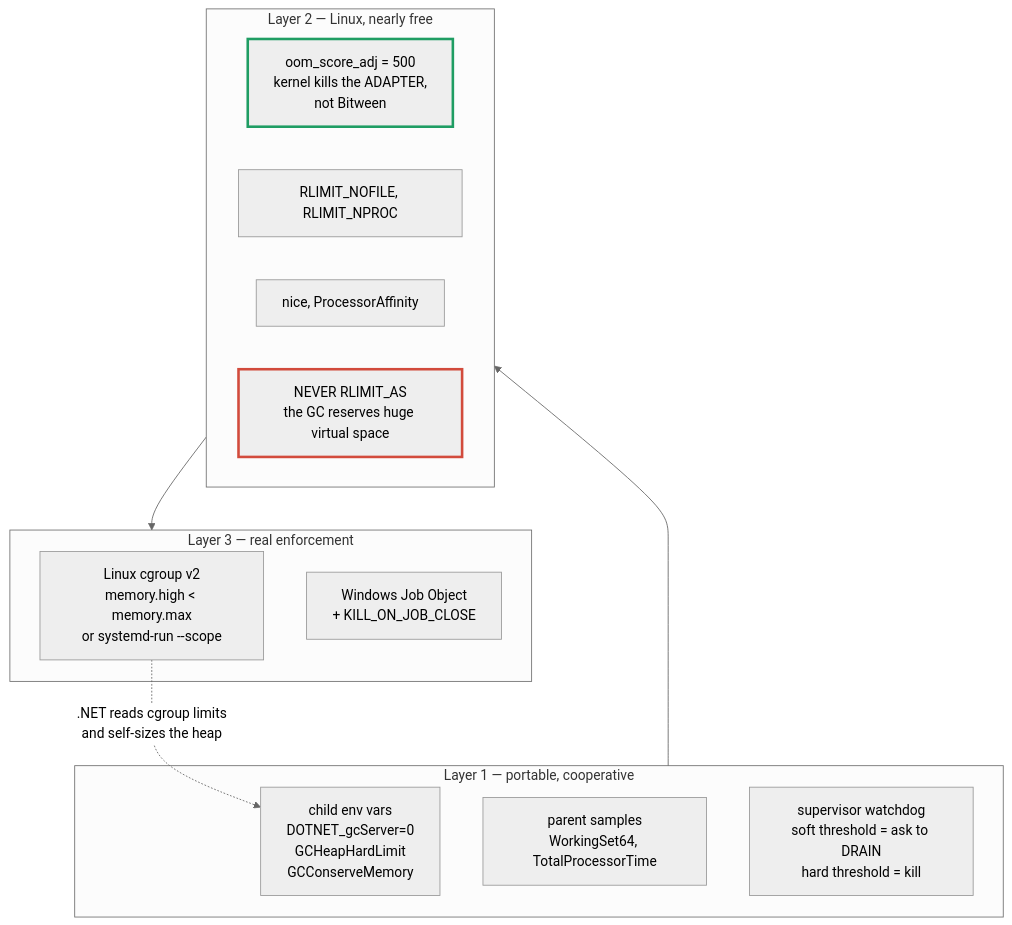
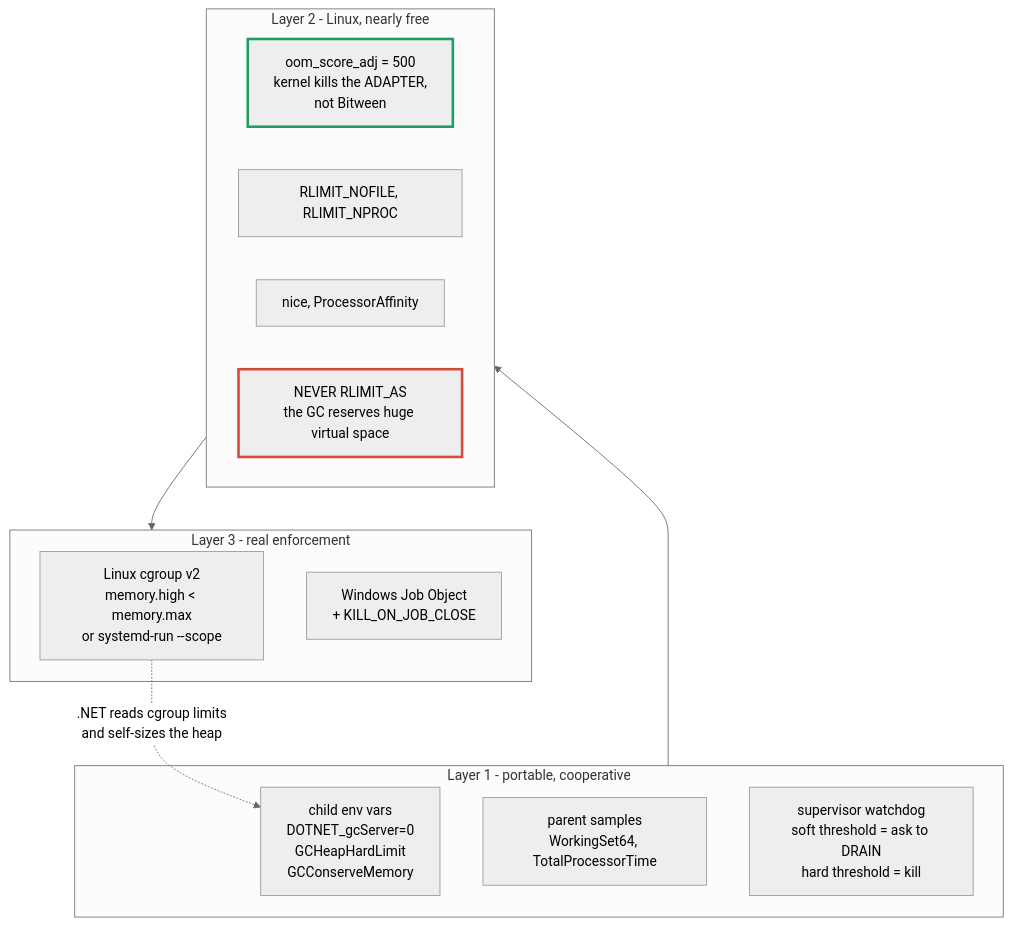
One commit to simplify9/Bitween-api changed diagram 14 of 34 in docs/design/resident-adapters-design.md. Above: the diagram before and after it, drawn with Mermaid (neutral theme). The commit also changed other lines of this file and 768 other files, not shown here.

````diff
--- a/docs/design/resident-adapters-design.md
+++ b/docs/design/resident-adapters-design.md
@@ -679,22 +679,22 @@
 ```mermaid
 flowchart TB
-    subgraph L1["Layer 1 — portable, cooperative"]
+    subgraph L1["Layer 1 - portable, cooperative"]
         A1["child env vars<br/>DOTNET_gcServer=0<br/>GCHeapHardLimit<br/>GCConserveMemory"]
         A2["parent samples<br/>WorkingSet64, TotalProcessorTime"]
         A3["supervisor watchdog<br/>soft threshold = ask to DRAIN<br/>hard threshold = kill"]
     end
-    subgraph L2["Layer 2 — Linux, nearly free"]
+    subgraph L2["Layer 2 - Linux, nearly free"]
         B1["oom_score_adj = 500<br/>kernel kills the ADAPTER,<br/>not Bitween"]
         B2["RLIMIT_NOFILE, RLIMIT_NPROC"]
         B3["nice, ProcessorAffinity"]
         B4["NEVER RLIMIT_AS<br/>the GC reserves huge virtual space"]
     end
-    subgraph L3["Layer 3 — real enforcement"]
+    subgraph L3["Layer 3 - real enforcement"]
         C1["Linux cgroup v2<br/>memory.high < memory.max<br/>or systemd-run --scope"]
         C2["Windows Job Object<br/>+ KILL_ON_JOB_CLOSE"]
     end
     L1 --> L2 --> L3
     C1 -.->|".NET reads cgroup limits<br/>and self-sizes the heap"| A1
     style B4 stroke:#d24b3c,stroke-width:3px
     style B1 stroke:#1f9d63,stroke-width:3px
 ```
````
